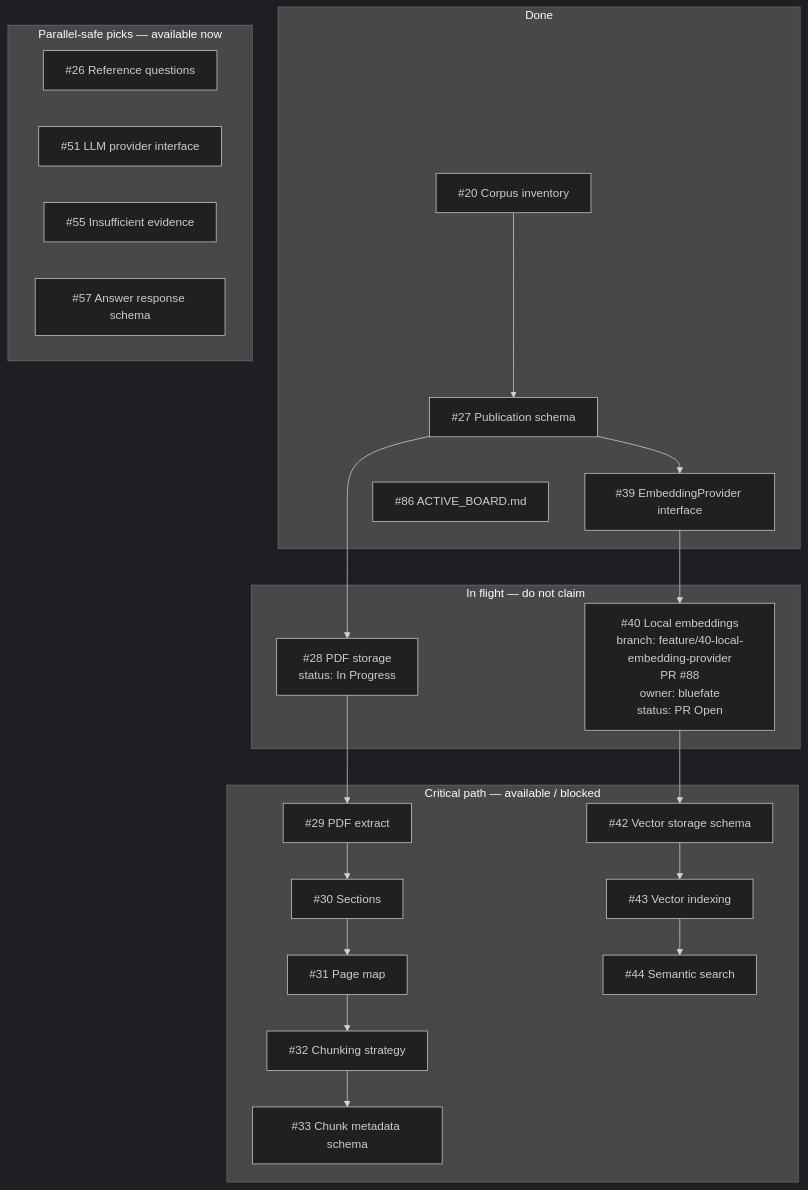
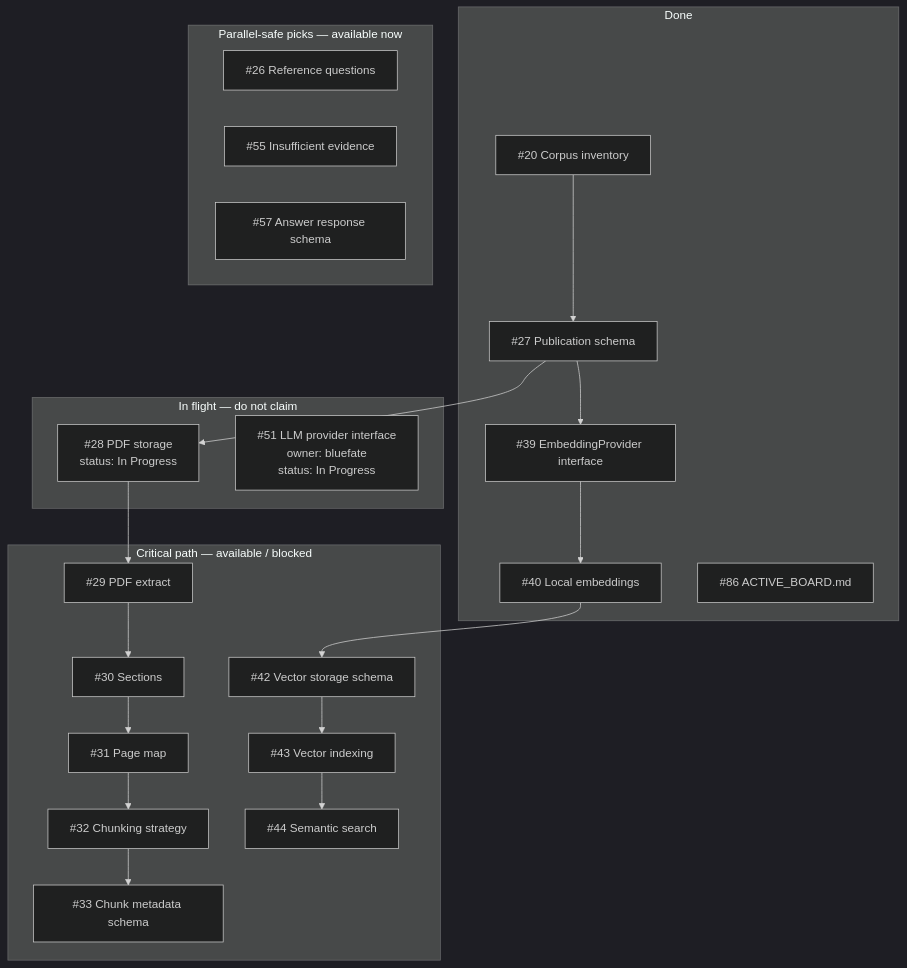
One commit to bluefate/spacebio-evidence-engine changed the diagram in docs/development/ACTIVE_BOARD.md. Above: the diagram before and after it, drawn with Mermaid (dark theme). The commit also changed other lines of this file and 6 other files, not shown here.

````diff
--- a/docs/development/ACTIVE_BOARD.md
+++ b/docs/development/ACTIVE_BOARD.md
@@ -61,41 +61,41 @@
 ```mermaid
 flowchart TB
   subgraph done [Done]
     i20["#20 Corpus inventory"]
     i27["#27 Publication schema"]
     i39["#39 EmbeddingProvider interface"]
+    i40["#40 Local embeddings"]
     i86["#86 ACTIVE_BOARD.md"]
   end
   subgraph inflight [In flight — do not claim]
     i28["#28 PDF storage<br/>status: In Progress"]
-    i40["#40 Local embeddings<br/>branch: feature/40-local-embedding-provider<br/>PR #88<br/>owner: bluefate<br/>status: PR Open"]
+    i51["#51 LLM provider interface<br/>owner: bluefate<br/>status: In Progress"]
   end
   subgraph nextCritical [Critical path — available / blocked]
     i29["#29 PDF extract"]
     i30["#30 Sections"]
     i31["#31 Page map"]
     i32["#32 Chunking strategy"]
     i33["#33 Chunk metadata schema"]
     i42["#42 Vector storage schema"]
     i43["#43 Vector indexing"]
     i44["#44 Semantic search"]
   end
   subgraph nextParallel [Parallel-safe picks — available now]
     i26["#26 Reference questions"]
-    i51["#51 LLM provider interface"]
     i55["#55 Insufficient evidence"]
     i57["#57 Answer response schema"]
   end
   i20 --> i27
   i27 --> i28
   i28 --> i29
   i29 --> i30
   i30 --> i31
   i31 --> i32
   i32 --> i33
   i27 --> i39
   i39 --> i40
   i40 --> i42
   i42 --> i43
   i43 --> i44
 ```
````
